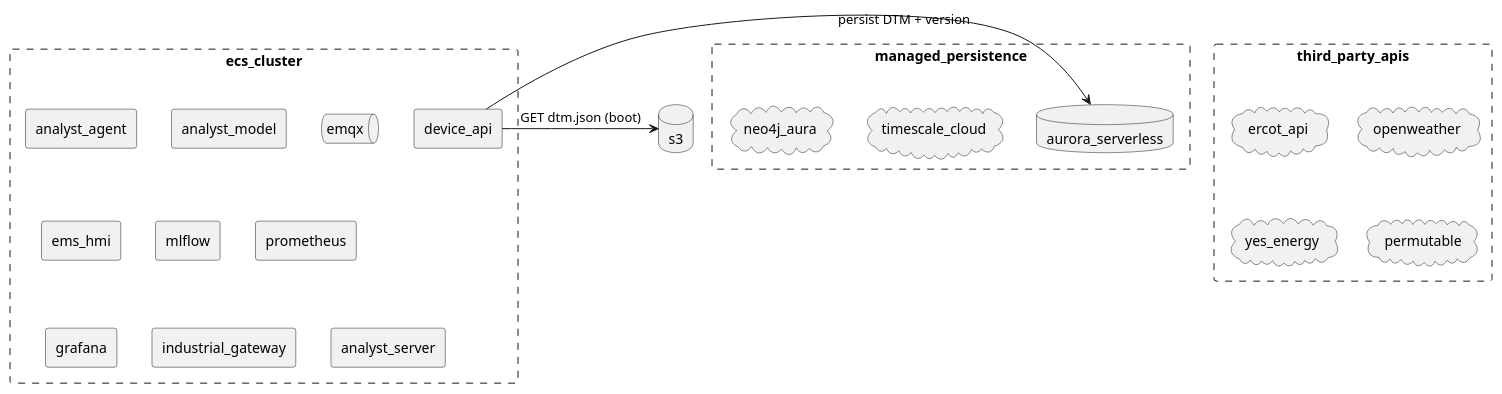
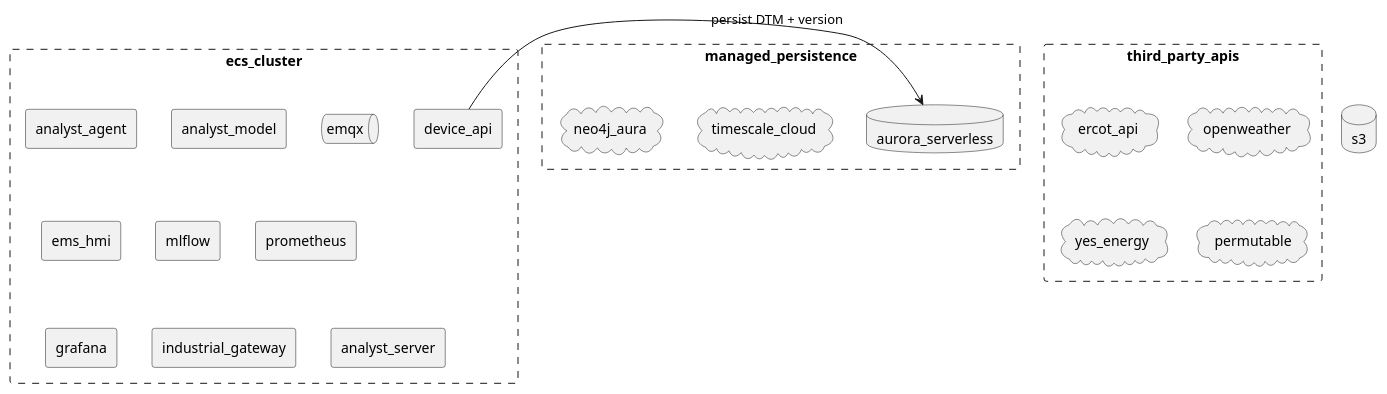
One commit to arcnode-io/ems changed the third of 5 diagrams in readme.md. Above: the diagram before and after it, drawn with PlantUML. The commit also changed 1 other file, not shown here.

Commit message:
📝 docs: ADR-003 EC2 + docker-compose, drop stale ECS Fargate refs
Cloud target is single EC2 + docker-compose per ADR-001 §7, not ECS
Fargate. ADR-003 carried ECS Fargate phrasing in examples and risk
language — flipping to current truth (EC2 instance role, Docker restart
policy, etc). Rejected-alternatives prose (k8s ConfigMap, ECS sidecar
in §file-mount-rejection) preserved as historical record.

Readme: drop the stale device_api -> s3 GET dtm.json arrow from the
cloud diagram. Sequence section is the canonical boot flow source.

````diff
--- a/readme.md
+++ b/readme.md
@@ -118,33 +118,32 @@
 ```plantuml
 rectangle ecs_cluster #line.dashed {
     rectangle analyst_agent
     rectangle analyst_model
     rectangle device_api
     queue emqx
     rectangle ems_hmi
     rectangle mlflow
     rectangle prometheus
     rectangle grafana
     rectangle industrial_gateway
     rectangle analyst_server
 }
 
 database s3
 
 rectangle managed_persistence #line.dashed {
     cloud timescale_cloud
     database aurora_serverless
     cloud neo4j_aura
 }
 
 rectangle third_party_apis #line.dashed {
     cloud ercot_api
     cloud openweather
     cloud yes_energy
     cloud permutable
 }
 
-device_api -> s3: GET dtm.json (boot)
 device_api -> aurora_serverless: persist DTM + version
 
 ```
````
